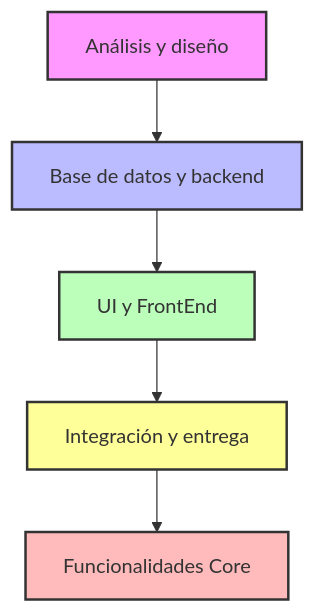
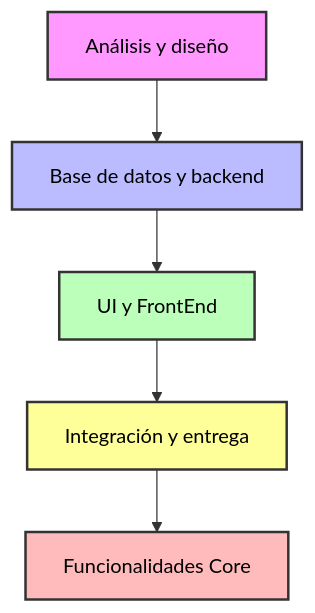
Before and after one commit to fer1492/Libro-Latte: the second of 2 diagrams in README.md, drawn with Mermaid.

Commit message:
Update styles in README diagram for better visibility

````diff
--- a/README.md
+++ b/README.md
@@ -26,13 +26,13 @@
 ```mermaid
 flowchart TD
     A[Análisis y diseño] --> B[Base de datos y backend]
     B --> C[UI y FrontEnd]
     C --> D[Integración y entrega]
     D --> E[Funcionalidades Core]
 
-    style A fill:#f9f,stroke:#333,stroke-width:2px
-    style B fill:#bbf,stroke:#333,stroke-width:2px
-    style C fill:#bfb,stroke:#333,stroke-width:2px
-    style D fill:#ff9,stroke:#333,stroke-width:2px
-    style E fill:#fbb,stroke:#333,stroke-width:2px
+    style A fill:#f9f,stroke:#333,stroke-width:2px,color:#000
+    style B fill:#bbf,stroke:#333,stroke-width:2px,color:#000
+    style C fill:#bfb,stroke:#333,stroke-width:2px,color:#000
+    style D fill:#ff9,stroke:#333,stroke-width:2px,color:#000
+    style E fill:#fbb,stroke:#333,stroke-width:2px,color:#000
 ```
````
